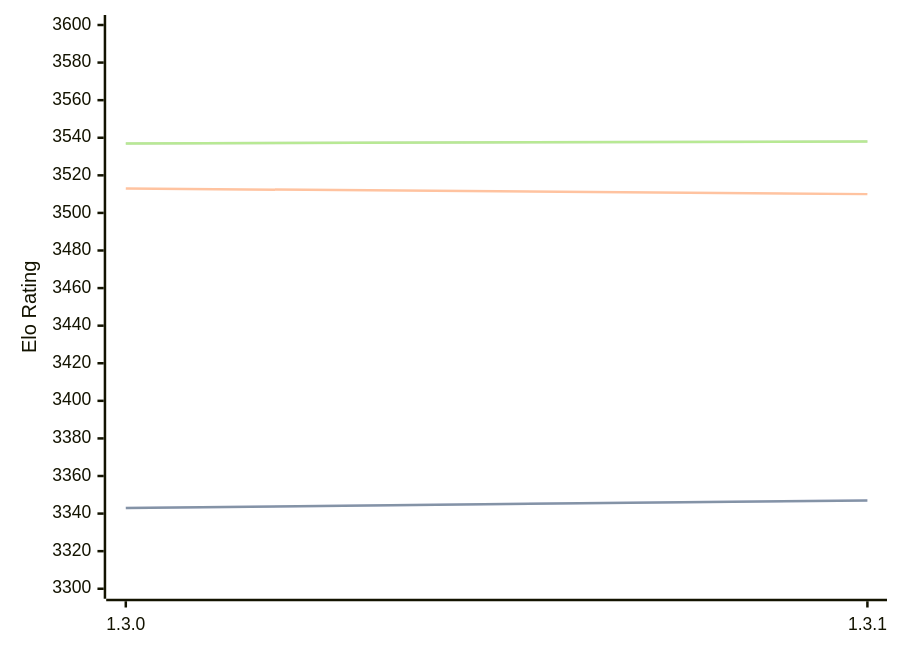
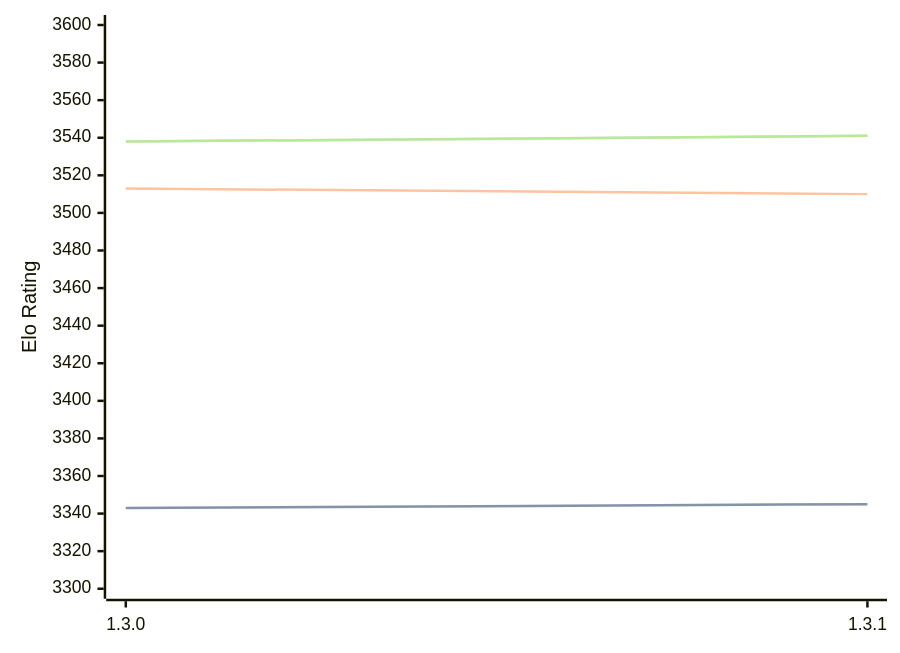
One commit to computer-chess-index/cci changed the diagram in engines/Renegade.md. Above: the diagram before and after it, drawn with Mermaid. The commit also changed other lines of this file, not shown here.

Commit message:
Update CCI Ratings (ELO VLTC) - 2026-08-27

````diff
--- a/engines/Renegade.md
+++ b/engines/Renegade.md
@@ -33,11 +33,11 @@
 ```mermaid
 %%{init: {"theme":"base","themeVariables":{"seriesColors:['#a3a3a3','#222221','#faa371']}}}%%
 xychart-beta
   x-axis ["1.3.0", "1.3.1"]
   y-axis "Elo Rating" 3300 --> 3600
-  line "STC (8.0+0.08s)" [3343, 3347]
-  line "STC (8.0+0.08s)" [3343, 3347]
+  line "STC (8.0+0.08s)" [3343, 3345]
+  line "STC (8.0+0.08s)" [3343, 3345]
   line "LTC (60.0+0.60s)" [3513, 3510]
-  line "VLTC (2m24s+1.12s)" [3537, 3538]
-  line "VLTC (2m24s+1.12s)" [3537, 3538]
+  line "VLTC (2m24s+1.12s)" [3538, 3541]
+  line "VLTC (2m24s+1.12s)" [3538, 3541]
 ```
````
